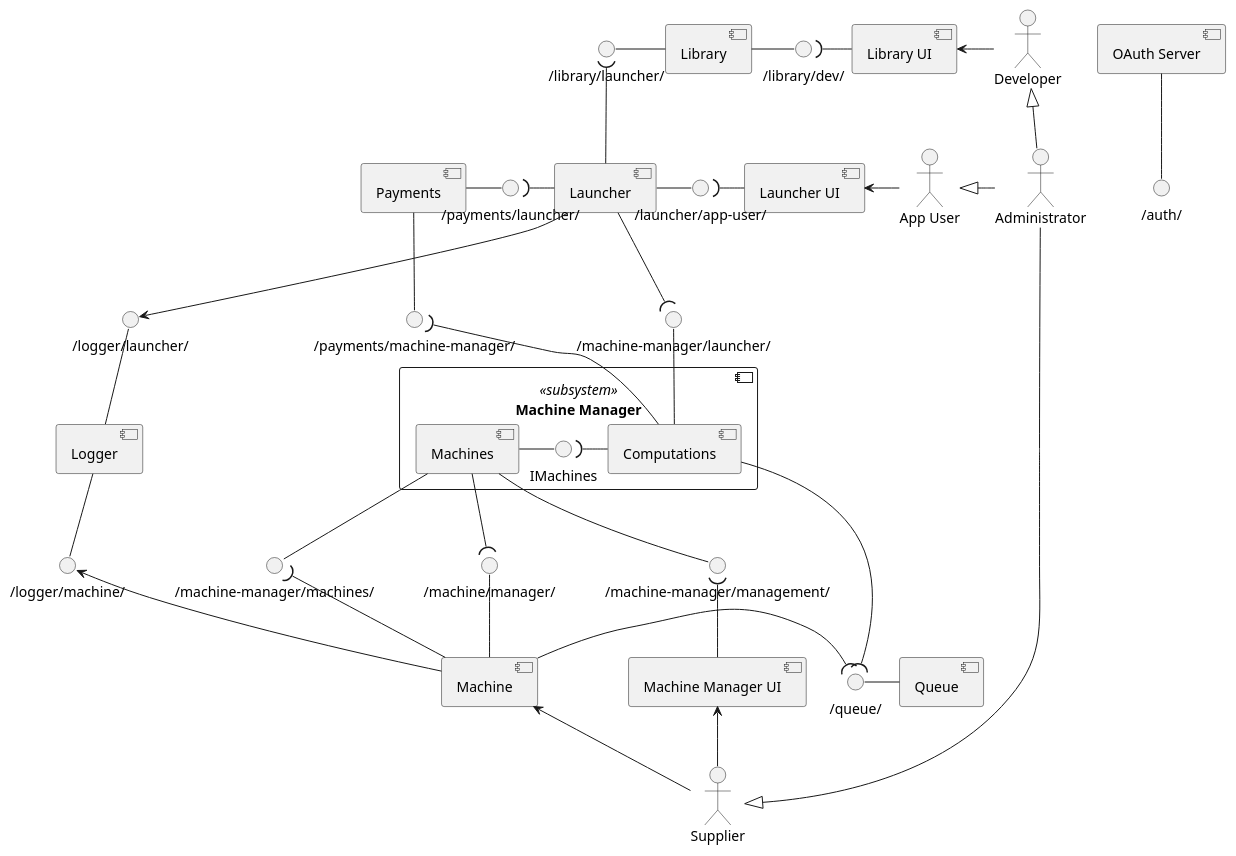
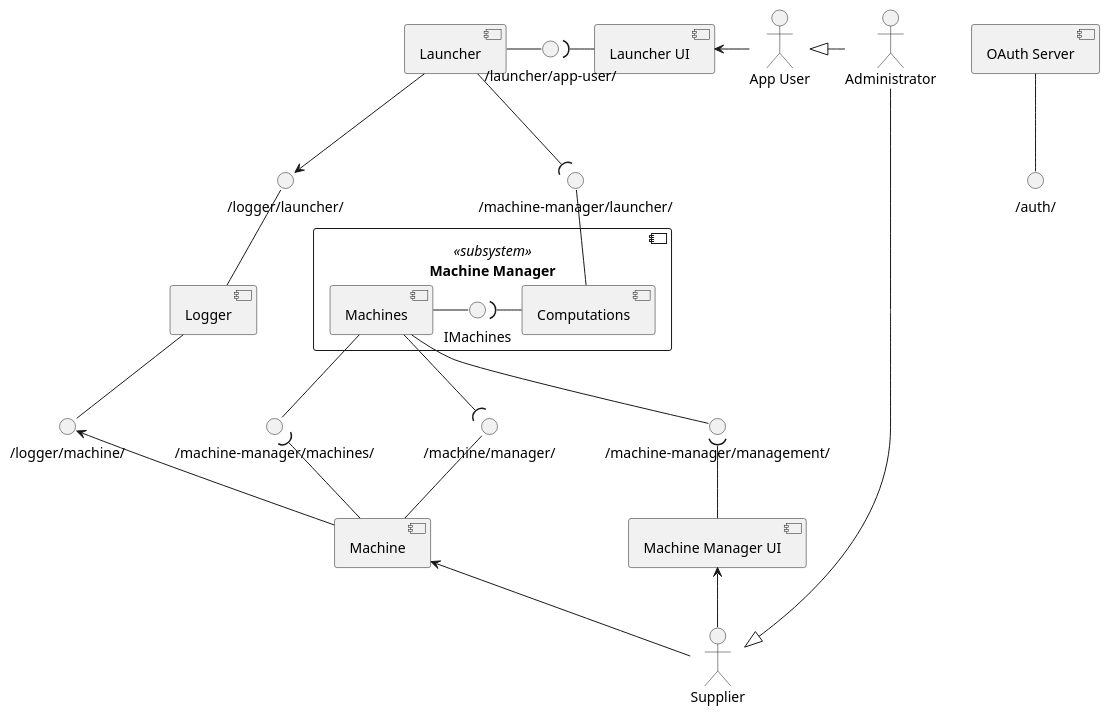
One commit to Plan-B-PO/docs changed the diagram in components/components.puml. Above: the diagram before and after it, drawn with PlantUML. The commit also changed 3 other files, not shown here.

Commit message:
Sync architecture and model

```diff
--- a/components/components.puml
+++ b/components/components.puml
@@ -1,90 +1,61 @@
 @startuml
 
 skinparam componentStyle uml2
 skinparam monochrome true
 
 actor "App User" as AU
-actor Developer as AD
 actor Supplier as AS
 actor Administrator as AA
 
 AA -le-|> AU
-AA -up-|> AD
 AA -do-|> AS
 
 component Launcher as CLa
 component "Launcher UI" as CLaU
-component Library as CLi
-component "Library UI" as CLiU
 component Logger as CLo
 component "Machine Manager" <<subsystem>> as SM {
     component "Machines" as SMCM
     component "Computations" as SMCC
     interface "IMachines" as ISMCMSMCC
 
     SMCM -ri- ISMCMSMCC
     SMCC -le-( ISMCMSMCC
 }
 component "Machine Manager UI" as CMU
-component Payments as CP
 component Machine as CMa
 component "OAuth Server" as CA
-component Queue as CQ
 
 interface "/logger/launcher/" as ICLoCLa
 interface "/logger/machine/" as ICLoCMa
 interface "/machine-manager/machines/" as ICMCMa
 interface "/machine-manager/launcher/" as ICMCLa
-interface "/library/launcher/" as ICLiCLa
-interface "/payments/launcher/" as ICPCLa
-interface "/payments/machine-manager/" as ICPCM
-interface "/library/dev/" as ICLiAD
 interface "/machine-manager/management/" as ICMAS
 interface "/launcher/app-user/" as ICLaAU
 interface "/machine/manager/" as ICMaCM
-interface "/queue/" as ICQ
 interface "/auth/" as ICA
 
 CA -do- ICA
-
-AD -le-> CLiU
-CLiU -le-( ICLiAD
-ICLiAD -le- CLi
 
 AS -up-> CMU
 CMU -up-( ICMAS
 ICMAS -up- SMCM
 
 AU -le-> CLaU
 CLaU -le-( ICLaAU
 ICLaAU -le- CLa
-
-CLi -le- ICLiCLa
-ICLiCLa )-do- CLa
 
 CLa -do-( ICMCLa
 ICMCLa -do- SMCC
 
 SMCM -do- ICMCMa
 ICMCMa )-do- CMa
 SMCM -do-( ICMaCM
 ICMaCM -do- CMa
 
 CMa <-do- AS
 
-CP -ri- ICPCLa
-ICPCLa )-ri- CLa
-
-CP -do- ICPCM
-SMCC -up-( ICPCM
-
 CLa -do-> ICLoCLa
 ICLoCLa -do- CLo
 CLo -do- ICLoCMa
 ICLoCMa <-do- CMa
-
-CQ -le- ICQ
-SMCC -do-( ICQ
-CMa -ri-( ICQ
-
 @enduml
```
